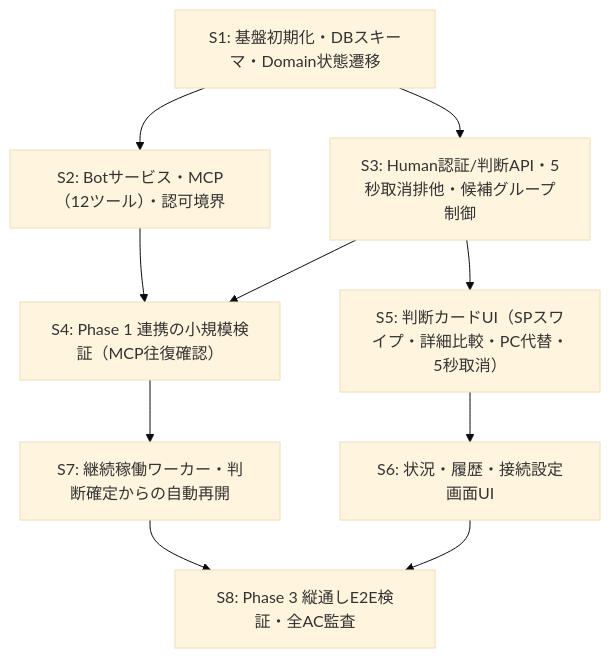
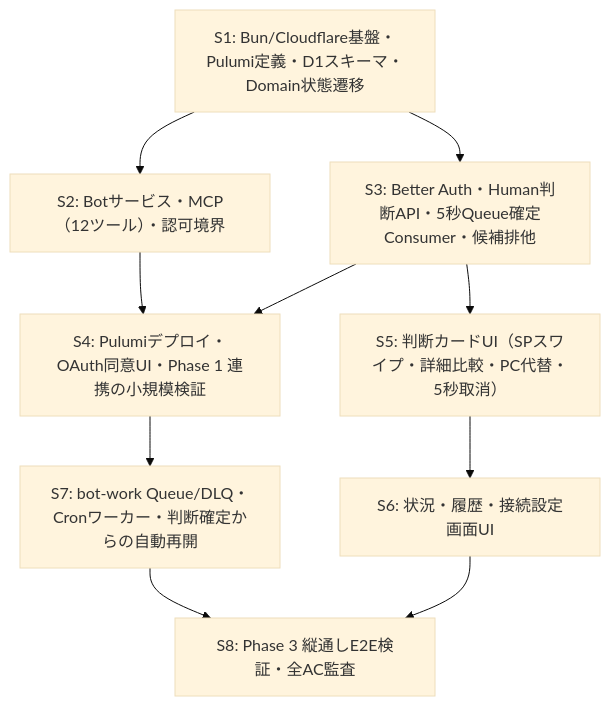
One commit to kkyosuke/bot-board changed the diagram in docs/implementation-plan.md. Above: the diagram before and after it, drawn with Mermaid (base theme). The commit also changed other lines of this file and 4 other files, not shown here.

Commit message:
docs: Bun・Better Auth・Cloudflare・Pulumi構成へ仕様を更新

````diff
--- a/docs/implementation-plan.md
+++ b/docs/implementation-plan.md
@@ -9,12 +9,12 @@
 ```mermaid
 flowchart TD
-  S1["S1: 基盤初期化・DBスキーマ・Domain状態遷移"] --> S2["S2: Botサービス・MCP（12ツール）・認可境界"]
-  S1 --> S3["S3: Human認証/判断API・5秒取消排他・候補グループ制御"]
-  S2 --> S4["S4: Phase 1 連携の小規模検証（MCP往復確認）"]
+  S1["S1: Bun/Cloudflare基盤・Pulumi定義・D1スキーマ・Domain状態遷移"] --> S2["S2: Botサービス・MCP（12ツール）・認可境界"]
+  S1 --> S3["S3: Better Auth・Human判断API・5秒Queue確定Consumer・候補排他"]
+  S2 --> S4["S4: Pulumiデプロイ・OAuth同意UI・Phase 1 連携の小規模検証"]
   S3 --> S4
   S3 --> S5["S5: 判断カードUI（SPスワイプ・詳細比較・PC代替・5秒取消）"]
   S5 --> S6["S6: 状況・履歴・接続設定画面UI"]
-  S4 --> S7["S7: 継続稼働ワーカー・判断確定からの自動再開"]
+  S4 --> S7["S7: bot-work Queue/DLQ・Cronワーカー・判断確定からの自動再開"]
   S6 --> S8["S8: Phase 3 縦通しE2E検証・全AC監査"]
   S7 --> S8
 ```
````
